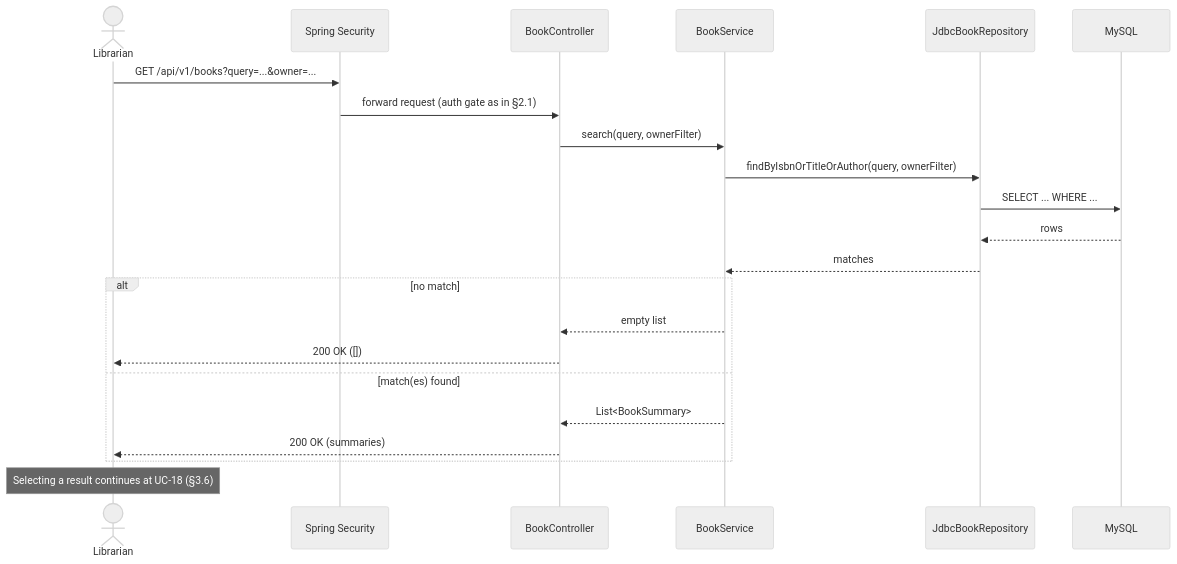
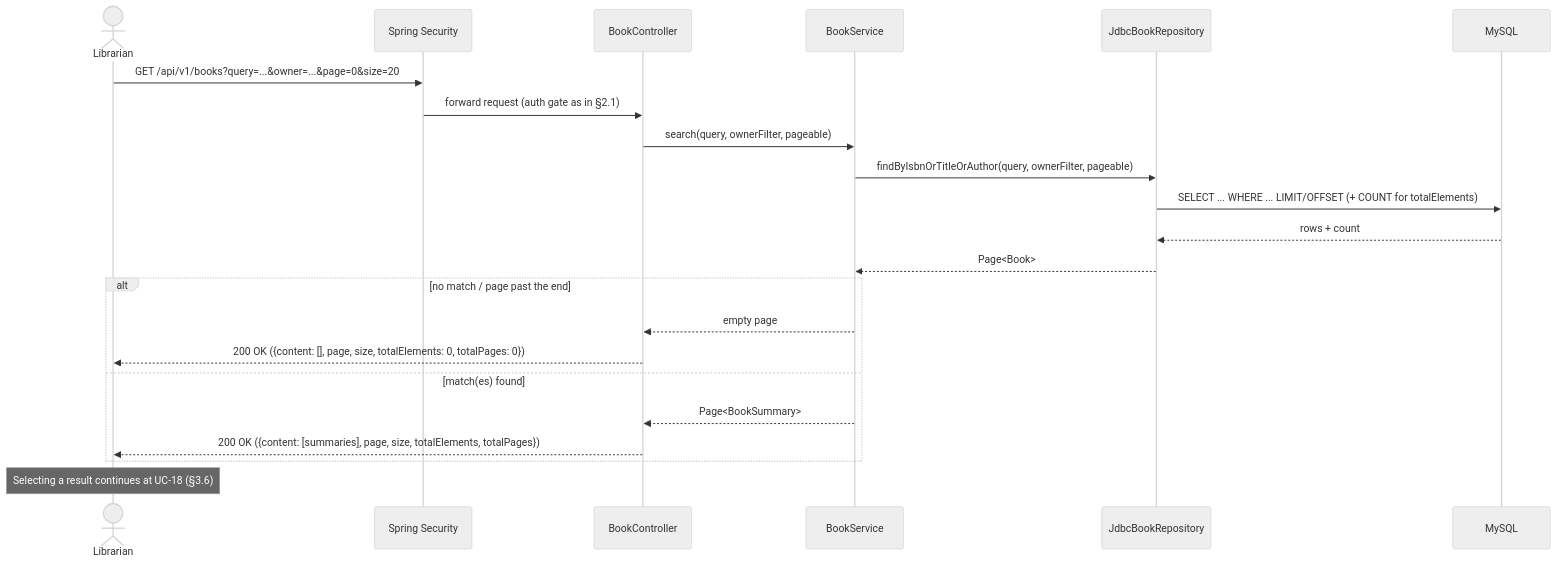
Before and after one commit to phuchoang2005/Student-Management-System: the tenth of 22 diagrams in docs/SA-docs/03-sequence-diagrams.md, drawn with Mermaid (neutral theme). The commit also changed other lines of this file and 20 other files, not shown here.

````diff
--- a/docs/SA-docs/03-sequence-diagrams.md
+++ b/docs/SA-docs/03-sequence-diagrams.md
@@ -398,25 +398,25 @@
 ```mermaid
 sequenceDiagram
     actor Librarian
     participant Sec as Spring Security
     participant Ctrl as BookController
     participant Svc as BookService
     participant Repo as JdbcBookRepository
     participant DB as MySQL
 
-    Librarian->>Sec: GET /api/v1/books?query=...&owner=...
+    Librarian->>Sec: GET /api/v1/books?query=...&owner=...&page=0&size=20
     Sec->>Ctrl: forward request (auth gate as in §2.1)
-    Ctrl->>Svc: search(query, ownerFilter)
-    Svc->>Repo: findByIsbnOrTitleOrAuthor(query, ownerFilter)
-    Repo->>DB: SELECT ... WHERE ...
-    DB-->>Repo: rows
-    Repo-->>Svc: matches
-    alt no match
-        Svc-->>Ctrl: empty list
-        Ctrl-->>Librarian: 200 OK ([])
+    Ctrl->>Svc: search(query, ownerFilter, pageable)
+    Svc->>Repo: findByIsbnOrTitleOrAuthor(query, ownerFilter, pageable)
+    Repo->>DB: SELECT ... WHERE ... LIMIT/OFFSET (+ COUNT for totalElements)
+    DB-->>Repo: rows + count
+    Repo-->>Svc: Page<Book>
+    alt no match / page past the end
+        Svc-->>Ctrl: empty page
+        Ctrl-->>Librarian: 200 OK ({content: [], page, size, totalElements: 0, totalPages: 0})
     else match(es) found
-        Svc-->>Ctrl: List<BookSummary>
-        Ctrl-->>Librarian: 200 OK (summaries)
+        Svc-->>Ctrl: Page<BookSummary>
+        Ctrl-->>Librarian: 200 OK ({content: [summaries], page, size, totalElements, totalPages})
     end
     Note over Librarian: Selecting a result continues at UC-18 (§3.6)
 ```
````
